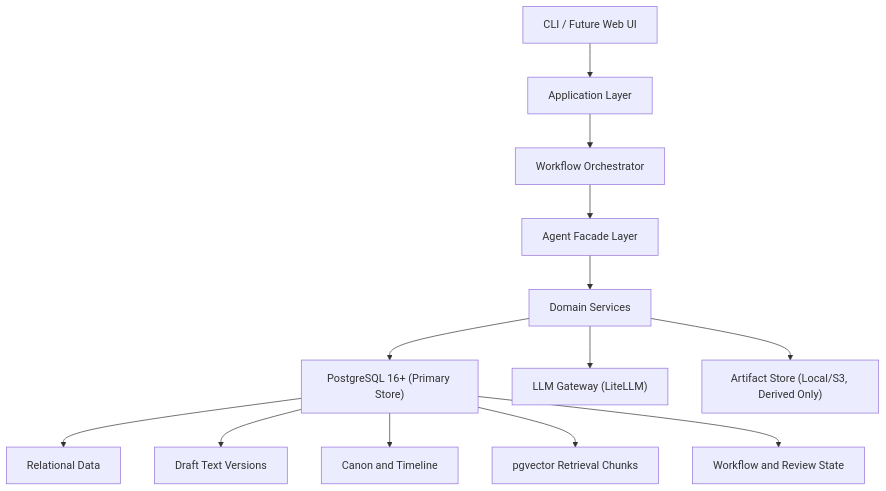
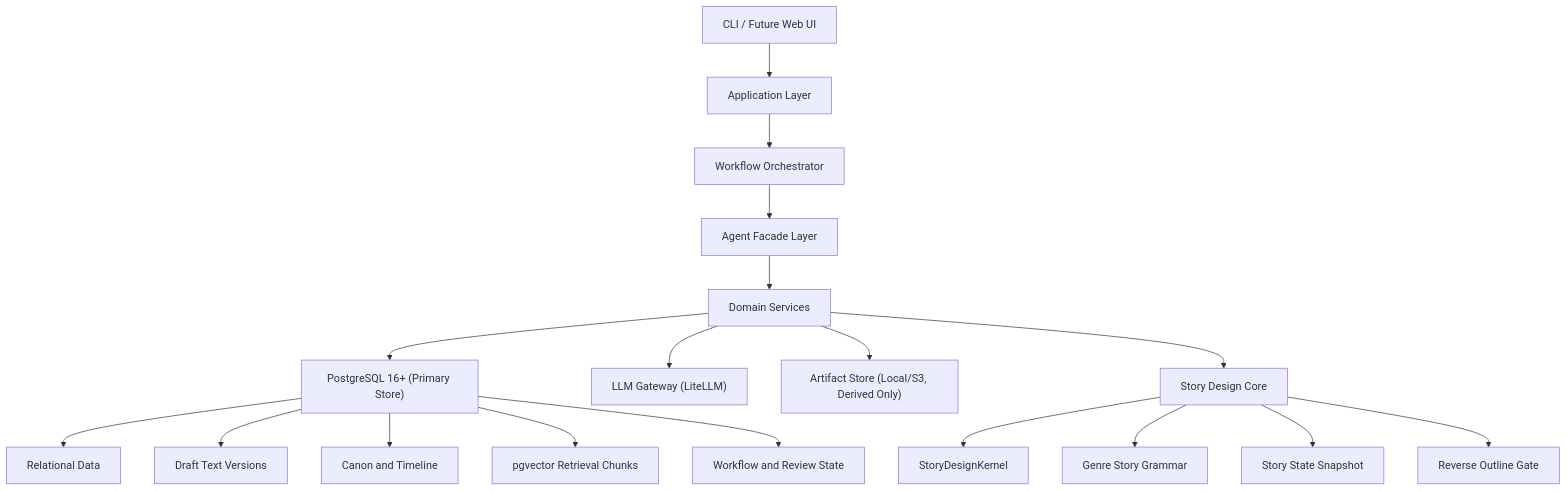
Before and after one commit to wpowen/bestseller: the diagram in docs/architecture.md, drawn with Mermaid. The commit also changed other lines of this file and 148 other files, not shown here.

First line of the commit message:
feat: enhance project structure with new story design grammars and configuration updates

````diff
--- a/docs/architecture.md
+++ b/docs/architecture.md
@@ -57,16 +63,21 @@
 ```mermaid
 flowchart TD
     U["CLI / Future Web UI"] --> A["Application Layer"]
     A --> B["Workflow Orchestrator"]
     B --> C["Agent Facade Layer"]
     C --> D["Domain Services"]
     D --> E["PostgreSQL 16+ (Primary Store)"]
     D --> F["LLM Gateway (LiteLLM)"]
     D --> G["Artifact Store (Local/S3, Derived Only)"]
 
     E --> E1["Relational Data"]
     E --> E2["Draft Text Versions"]
     E --> E3["Canon and Timeline"]
     E --> E4["pgvector Retrieval Chunks"]
     E --> E5["Workflow and Review State"]
+    D --> H["Story Design Core"]
+    H --> H1["StoryDesignKernel"]
+    H --> H2["Genre Story Grammar"]
+    H --> H3["Story State Snapshot"]
+    H --> H4["Reverse Outline Gate"]
 ```
````
